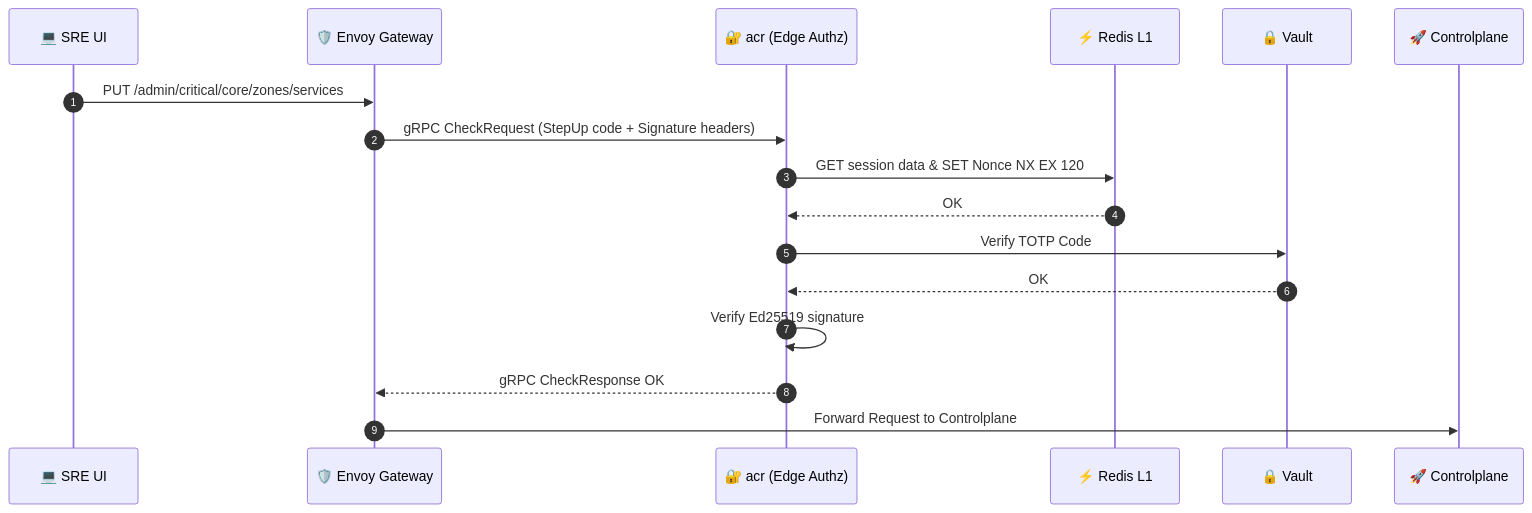
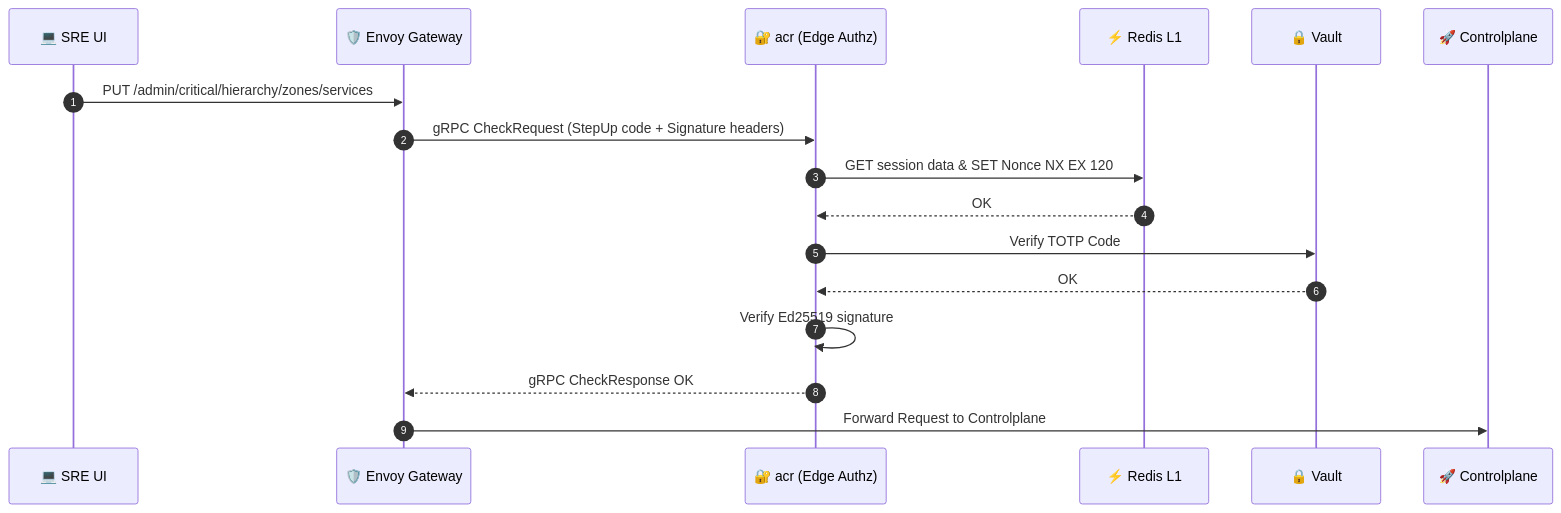
The tenth of 22 diagrams in god_view/hierarchy/zone_lifecycle_god_view.md (phucle996/aurora), drawn with Mermaid before and after one commit. The commit also changed other lines of this file and 76 other files, not shown here.

````diff
--- a/god_view/hierarchy/zone_lifecycle_god_view.md
+++ b/god_view/hierarchy/zone_lifecycle_god_view.md
@@ -528,22 +620,22 @@
 ```mermaid
 sequenceDiagram
     autonumber
     participant UI as 💻 SRE UI
     participant Envoy as 🛡️ Envoy Gateway
     participant ACR as 🔐 acr (Edge Authz)
     participant Redis as ⚡ Redis L1
     participant Vault as 🔒 Vault
     participant CP as 🚀 Controlplane
 
-    UI->>Envoy: PUT /admin/critical/core/zones/services
+    UI->>Envoy: PUT /admin/critical/hierarchy/zones/services
     Envoy->>ACR: gRPC CheckRequest (StepUp code + Signature headers)
     
     ACR->>Redis: GET session data & SET Nonce NX EX 120
     Redis-->>ACR: OK
     ACR->>Vault: Verify TOTP Code
     Vault-->>ACR: OK
     ACR->>ACR: Verify Ed25519 signature
     
     ACR-->>Envoy: gRPC CheckResponse OK
     Envoy->>CP: Forward Request to Controlplane
 ```
````
